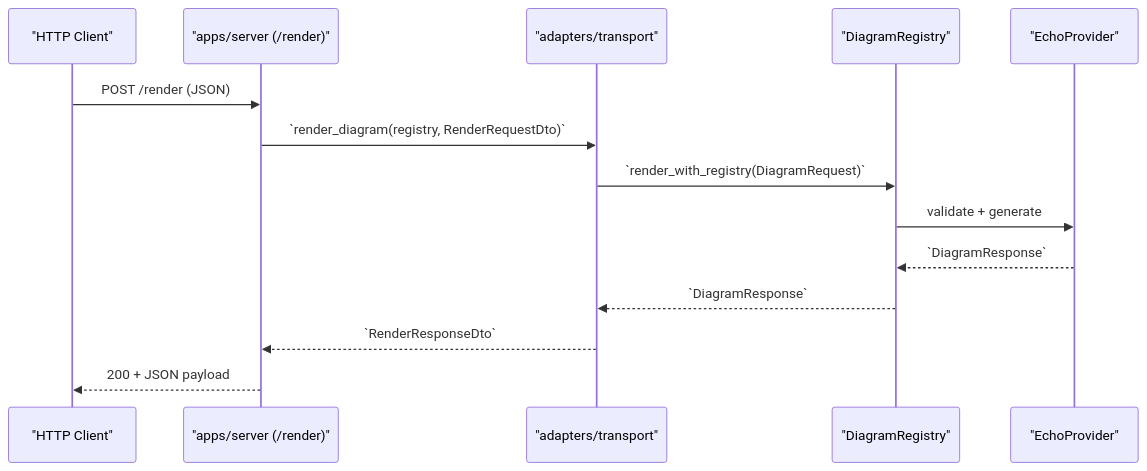
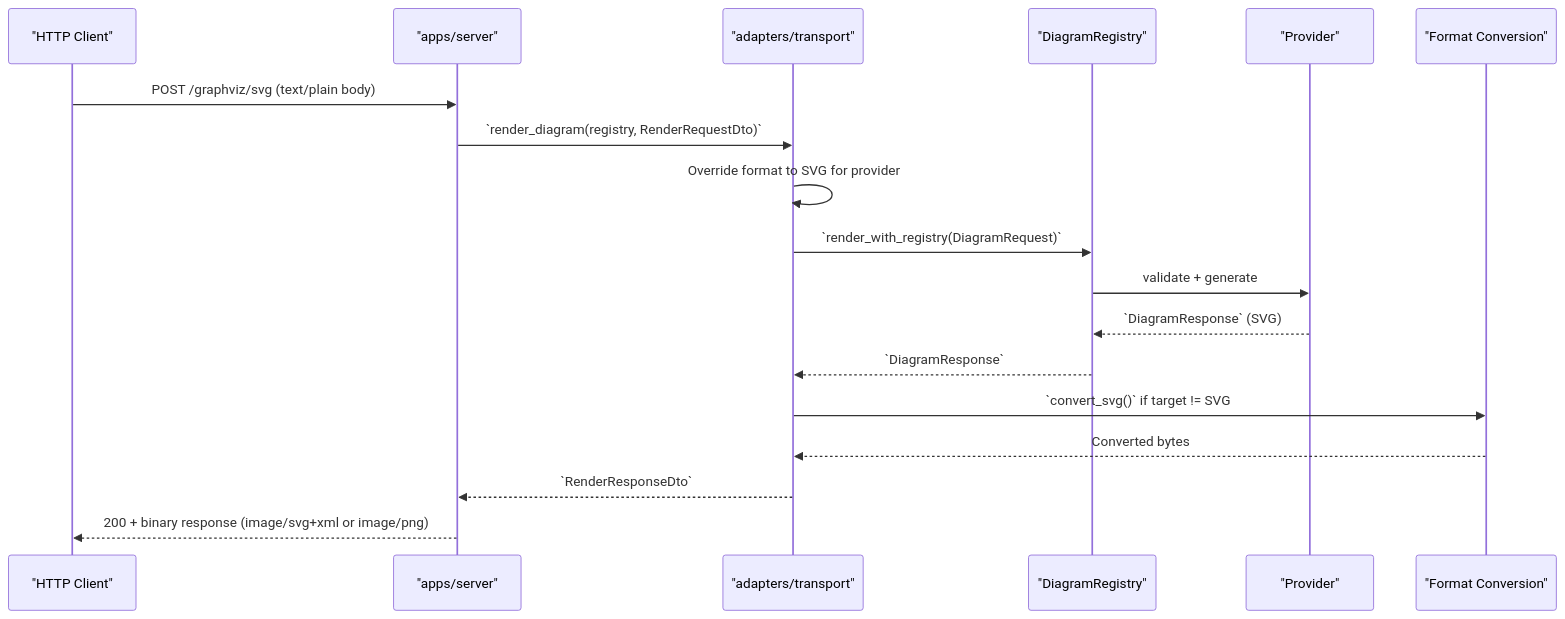
One commit to softmentor/kroki-rs-nxt changed the fifth of 5 diagrams in docs/developer-guide/02-design/architecture.md. Above: the diagram before and after it, drawn with Mermaid. The commit also changed other lines of this file and 7 other files, not shown here.

Commit message:
feat: Finalize Phase 3 with all core diagram providers, implement SVG to raster image conversion, and update developer and user guides.

````diff
--- a/docs/developer-guide/02-design/architecture.md
+++ b/docs/developer-guide/02-design/architecture.md
@@ -337,17 +355,21 @@
 ```mermaid
 sequenceDiagram
     participant Client as "HTTP Client"
-    participant S as "apps/server (/render)"
+    participant S as "apps/server"
     participant T as "adapters/transport"
     participant R as "DiagramRegistry"
-    participant P as "EchoProvider"
+    participant P as "Provider"
+    participant Conv as "Format Conversion"
 
-    Client->>S: POST /render (JSON)
+    Client->>S: POST /graphviz/svg (text/plain body)
     S->>T: `render_diagram(registry, RenderRequestDto)`
+    T->>T: Override format to SVG for provider
     T->>R: `render_with_registry(DiagramRequest)`
     R->>P: validate + generate
-    P-->>R: `DiagramResponse`
+    P-->>R: `DiagramResponse` (SVG)
     R-->>T: `DiagramResponse`
+    T->>Conv: `convert_svg()` if target != SVG
+    Conv-->>T: Converted bytes
     T-->>S: `RenderResponseDto`
-    S-->>Client: 200 + JSON payload
+    S-->>Client: 200 + binary response (image/svg+xml or image/png)
 ```
````
